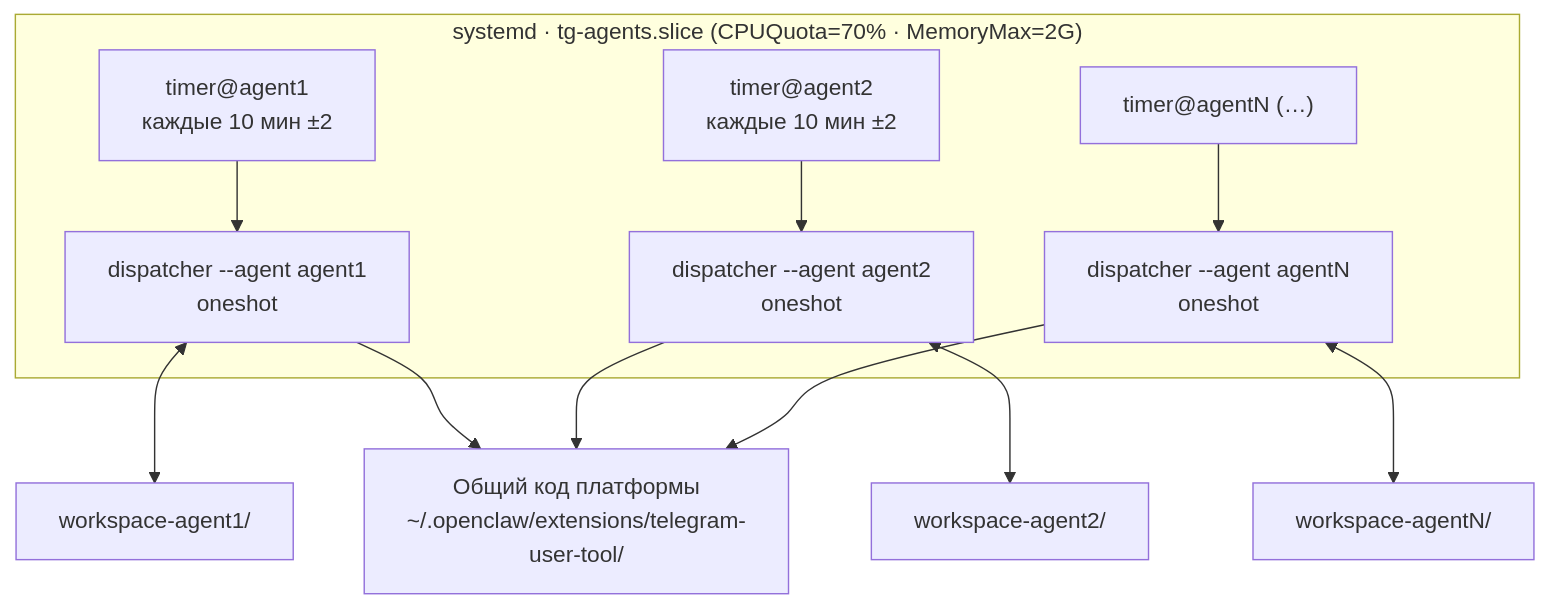
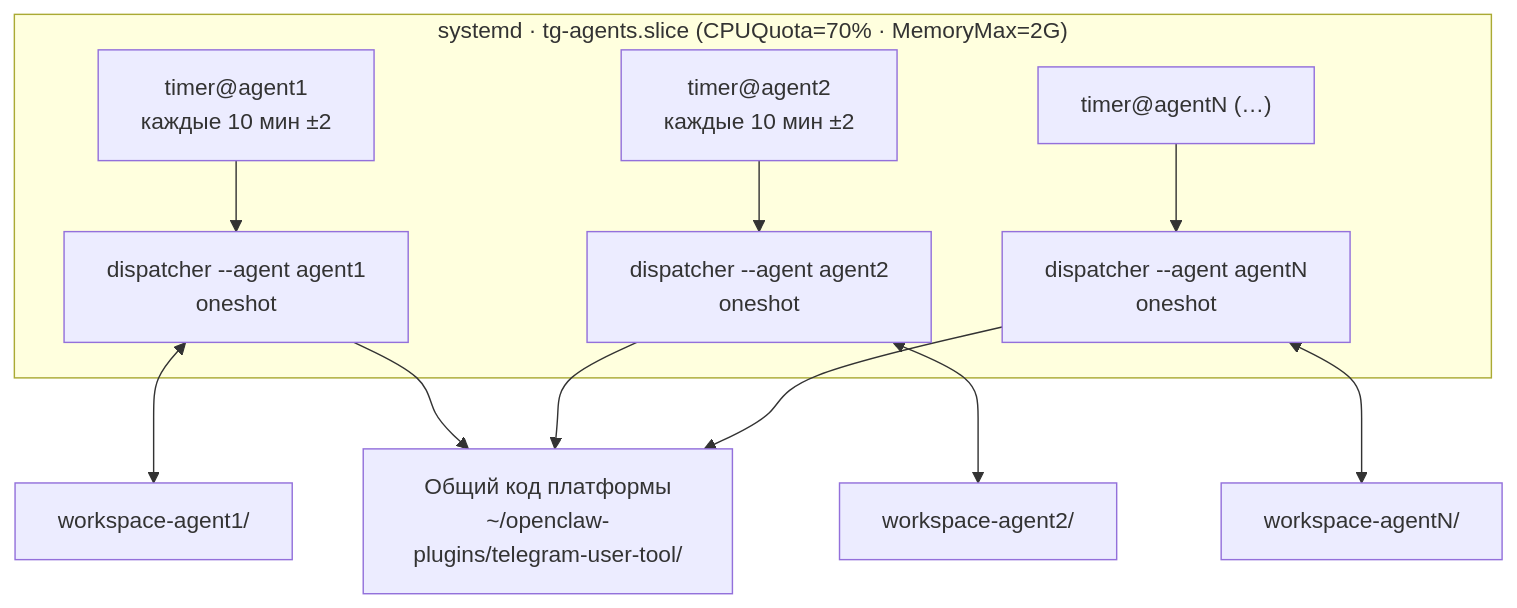
The second of 4 diagrams in docs/architecture-diagrams.md (Timur-Khabibulin/telegram-user-tool), drawn with Mermaid before and after one commit. The commit also changed 252 other files, not shown here.

````diff
--- a/docs/architecture-diagrams.md
+++ b/docs/architecture-diagrams.md
@@ -78,26 +78,26 @@
 ```mermaid
 flowchart TB
-    Code["Общий код платформы\n~/.openclaw/extensions/telegram-user-tool/"]
+    Code["Общий код платформы\n~/openclaw-plugins/telegram-user-tool/"]
 
     subgraph sd["systemd · tg-agents.slice  (CPUQuota=70% · MemoryMax=2G)"]
         T1["timer@agent1\nкаждые 10 мин ±2"]
         T2["timer@agent2\nкаждые 10 мин ±2"]
         TN["timer@agentN  (…)"]
         D1["dispatcher --agent agent1\noneshot"]
         D2["dispatcher --agent agent2\noneshot"]
         DN["dispatcher --agent agentN\noneshot"]
         T1 --> D1
         T2 --> D2
         TN --> DN
     end
 
     W1["workspace-agent1/"]
     W2["workspace-agent2/"]
     WN["workspace-agentN/"]
 
     D1 <--> W1
     D2 <--> W2
     DN <--> WN
 
     D1 & D2 & DN --> Code
 ```
````
